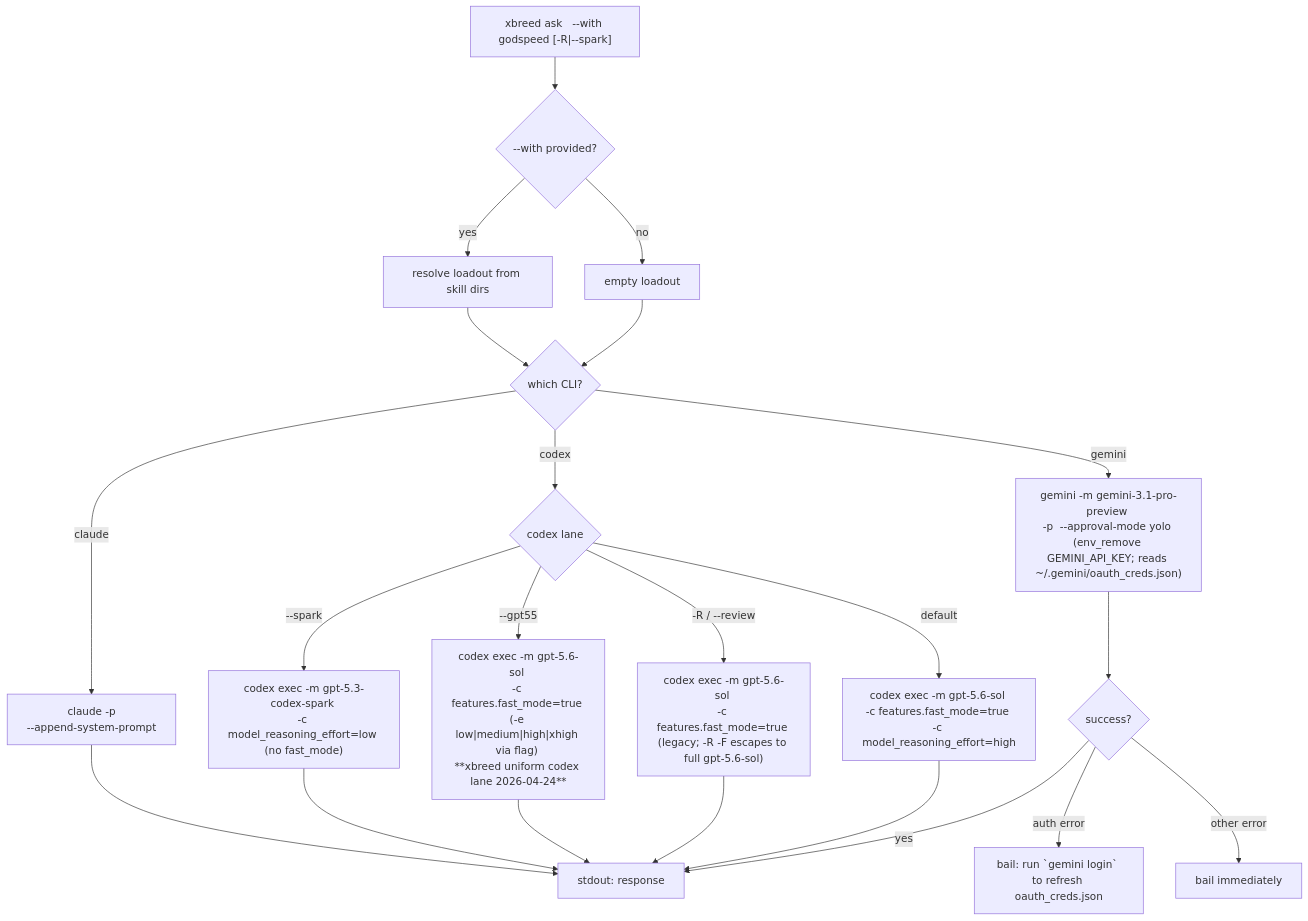
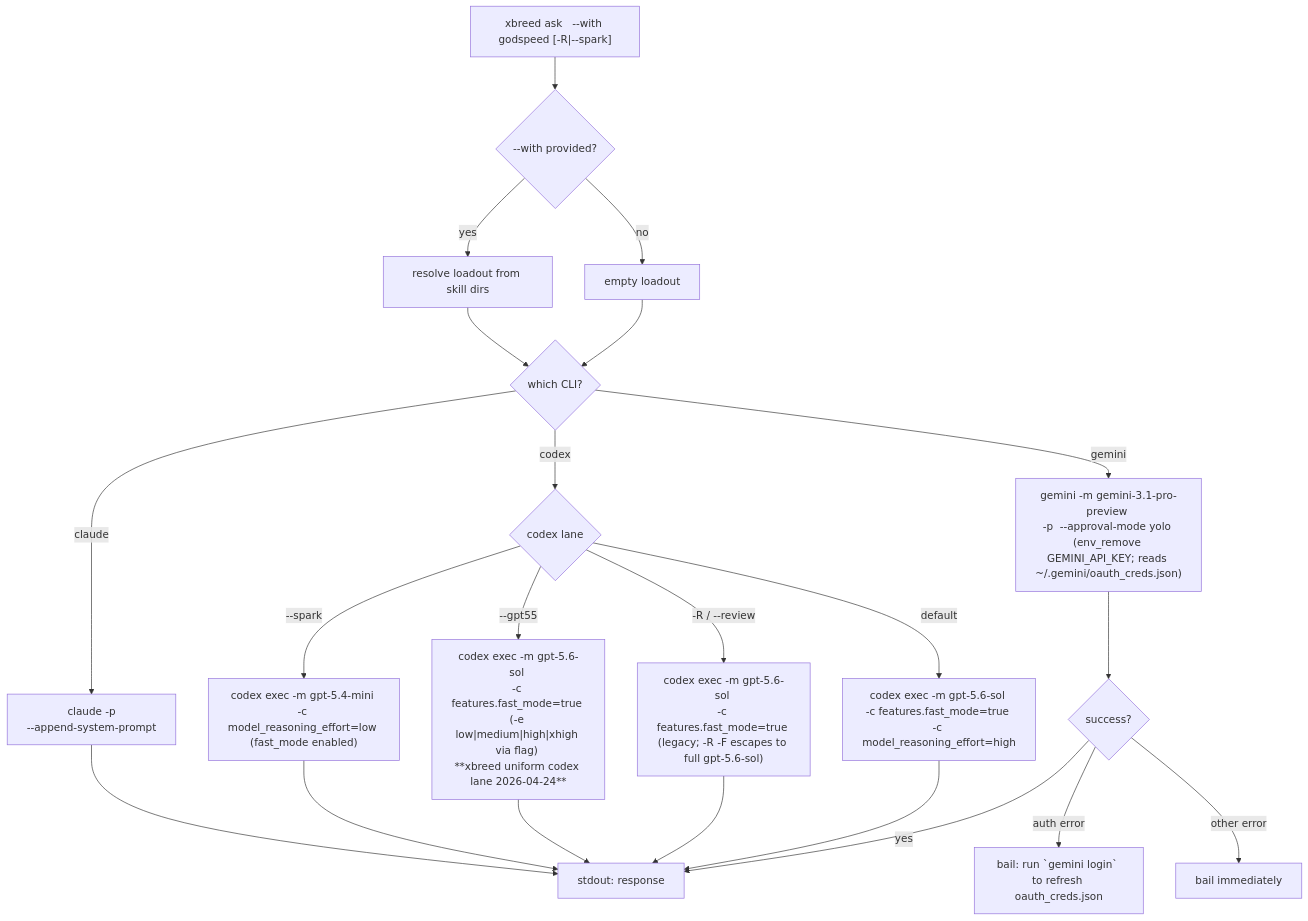
The fourth of 11 diagrams in marketplace/plugins/xbrd-gdsp-fknpft/docs/command-flows.md (VeigaPunk/ds4cc-marketplace), drawn with Mermaid before and after one commit. The commit also changed other lines of this file and 6 other files, not shown here.

````diff
--- a/marketplace/plugins/xbrd-gdsp-fknpft/docs/command-flows.md
+++ b/marketplace/plugins/xbrd-gdsp-fknpft/docs/command-flows.md
@@ -84,29 +84,29 @@
 ```mermaid
 flowchart TD
     A["xbreed ask <cli> <prompt> --with godspeed [-R|--spark]"]
     A --> B{--with provided?}
     B -->|yes| C[resolve loadout from skill dirs]
     B -->|no| D[empty loadout]
     C --> E{which CLI?}
     D --> E
 
     E -->|claude| F["claude -p <prompt> \n--append-system-prompt <loadout>"]
     E -->|codex| Cdx{codex lane}
     E -->|gemini| H["gemini -m gemini-3.1-pro-preview \n-p <prompt> --approval-mode yolo \n(env_remove GEMINI_API_KEY; reads ~/.gemini/oauth_creds.json)"]
 
-    Cdx -->|--spark| Csp["codex exec -m gpt-5.3-codex-spark \n-c model_reasoning_effort=low \n(no fast_mode)"]
+    Cdx -->|--spark| Csp["codex exec -m gpt-5.4-mini \n-c model_reasoning_effort=low \n(fast_mode enabled)"]
     Cdx -->|--gpt55| Cg5["codex exec -m gpt-5.6-sol \n-c features.fast_mode=true \n(-e low|medium|high|xhigh via flag) \n**xbreed uniform codex lane 2026-04-24**"]
     Cdx -->|"-R / --review"| Crv["codex exec -m gpt-5.6-sol \n-c features.fast_mode=true \n(legacy; -R -F escapes to full gpt-5.6-sol)"]
     Cdx -->|default| Cdf["codex exec -m gpt-5.6-sol \n-c features.fast_mode=true \n-c model_reasoning_effort=high"]
 
     H --> Ha{success?}
     Ha -->|yes| P[stdout: response]
     Ha -->|auth error| Hae["bail: run `gemini login` \nto refresh oauth_creds.json"]
     Ha -->|other error| R[bail immediately]
 
     F --> P
     Csp --> P
     Cg5 --> P
     Crv --> P
     Cdf --> P
 ```
````
